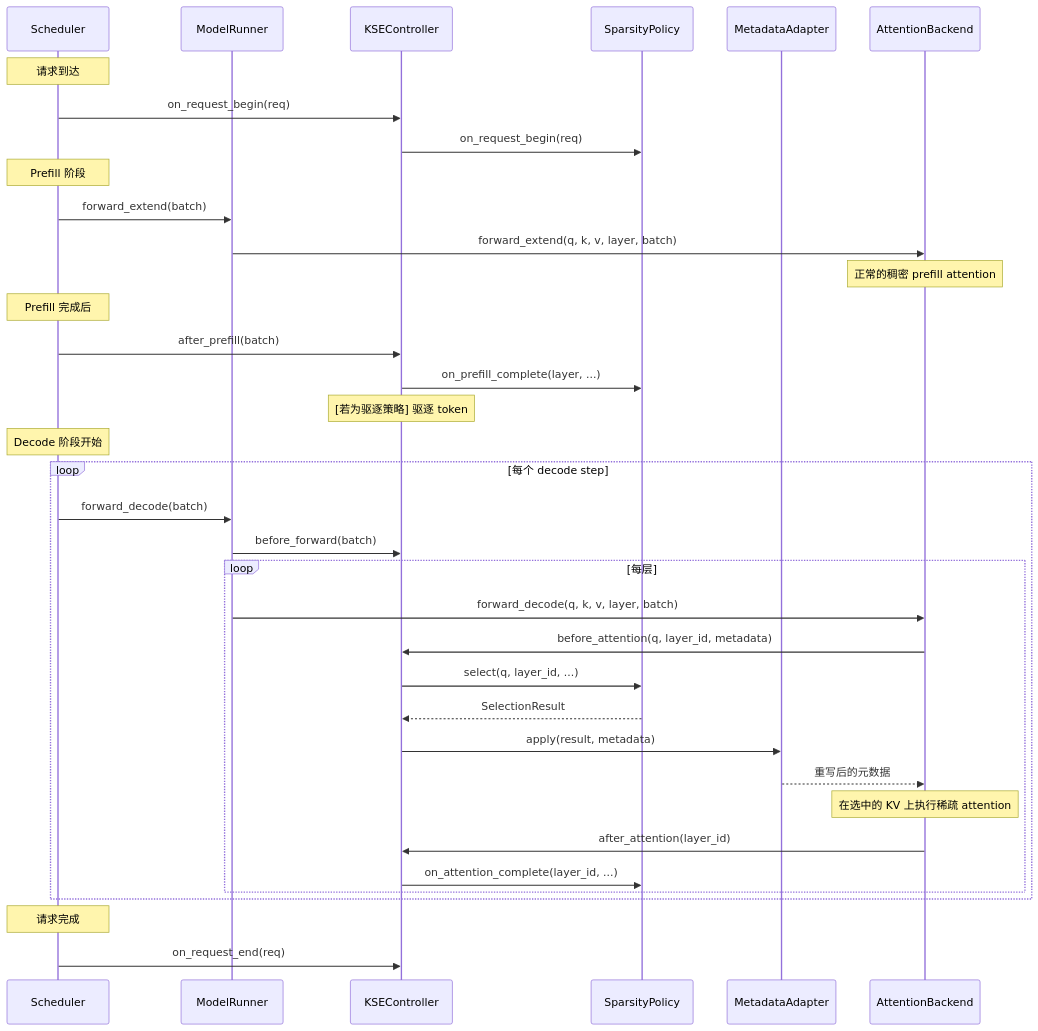
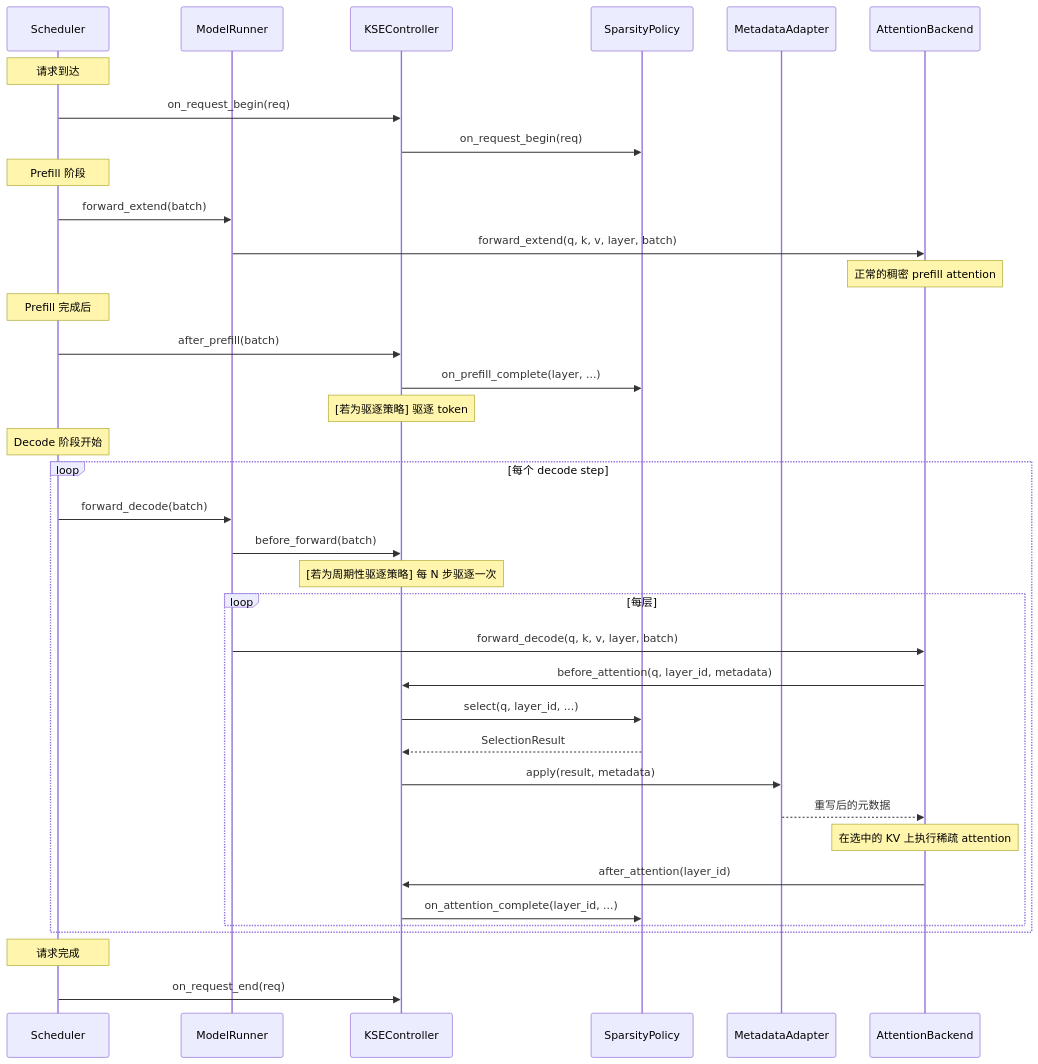
The second of 2 diagrams in docs/advanced_features/kv_cache_sparsity_engine-zh.md (magicYang1573/sglang), drawn with Mermaid before and after one commit. The commit also changed other lines of this file and 10 other files, not shown here.

````diff
--- a/docs/advanced_features/kv_cache_sparsity_engine-zh.md
+++ b/docs/advanced_features/kv_cache_sparsity_engine-zh.md
@@ -653,44 +677,45 @@
 ```mermaid
 sequenceDiagram
     participant Scheduler
     participant ModelRunner
     participant KSEController
     participant SparsityPolicy
     participant MetadataAdapter
     participant AttentionBackend
 
     Note over Scheduler: 请求到达
     Scheduler->>KSEController: on_request_begin(req)
     KSEController->>SparsityPolicy: on_request_begin(req)
 
     Note over Scheduler: Prefill 阶段
     Scheduler->>ModelRunner: forward_extend(batch)
     ModelRunner->>AttentionBackend: forward_extend(q, k, v, layer, batch)
     Note over AttentionBackend: 正常的稠密 prefill attention
 
     Note over Scheduler: Prefill 完成后
     Scheduler->>KSEController: after_prefill(batch)
     KSEController->>SparsityPolicy: on_prefill_complete(layer, ...)
     Note over KSEController: [若为驱逐策略] 驱逐 token
 
     Note over Scheduler: Decode 阶段开始
     loop 每个 decode step
         Scheduler->>ModelRunner: forward_decode(batch)
         ModelRunner->>KSEController: before_forward(batch)
+        Note over KSEController: [若为周期性驱逐策略] 每 N 步驱逐一次
 
         loop 每层
             ModelRunner->>AttentionBackend: forward_decode(q, k, v, layer, batch)
             AttentionBackend->>KSEController: before_attention(q, layer_id, metadata)
             KSEController->>SparsityPolicy: select(q, layer_id, ...)
             SparsityPolicy-->>KSEController: SelectionResult
             KSEController->>MetadataAdapter: apply(result, metadata)
             MetadataAdapter-->>AttentionBackend: 重写后的元数据
             Note over AttentionBackend: 在选中的 KV 上执行稀疏 attention
             AttentionBackend->>KSEController: after_attention(layer_id)
             KSEController->>SparsityPolicy: on_attention_complete(layer_id, ...)
         end
     end
 
     Note over Scheduler: 请求完成
     Scheduler->>KSEController: on_request_end(req)
 ```
````
